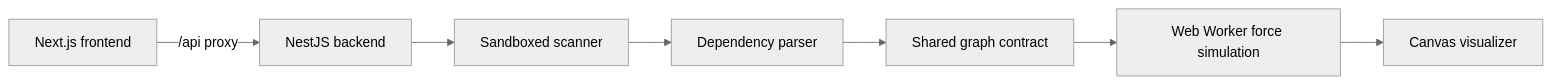
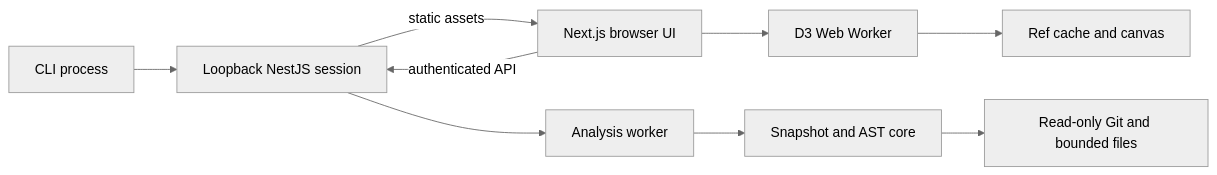
Before and after one commit to arvin-ferrer/codemap: the diagram in README.md, drawn with Mermaid (neutral theme). The commit also changed other lines of this file and 7 other files, not shown here.

````diff
--- a/README.md
+++ b/README.md
@@ -17,9 +40,11 @@
 ```mermaid
 flowchart LR
-  UI[Next.js frontend] -->|/api proxy| API[NestJS backend]
-  API --> Safe[Sandboxed scanner]
-  Safe --> Parser[Dependency parser]
-  Parser --> Graph[Shared graph contract]
-  Graph --> Worker[Web Worker force simulation]
-  Worker --> Canvas[Canvas visualizer]
+  CLI[CLI process] --> API[Loopback NestJS session]
+  API -->|static assets| UI[Next.js browser UI]
+  UI -->|authenticated API| API
+  API --> Analysis[Analysis worker]
+  Analysis --> Core[Snapshot and AST core]
+  Core --> Git[Read-only Git and bounded files]
+  UI --> Physics[D3 Web Worker]
+  Physics --> Canvas[Ref cache and canvas]
 ```
````
